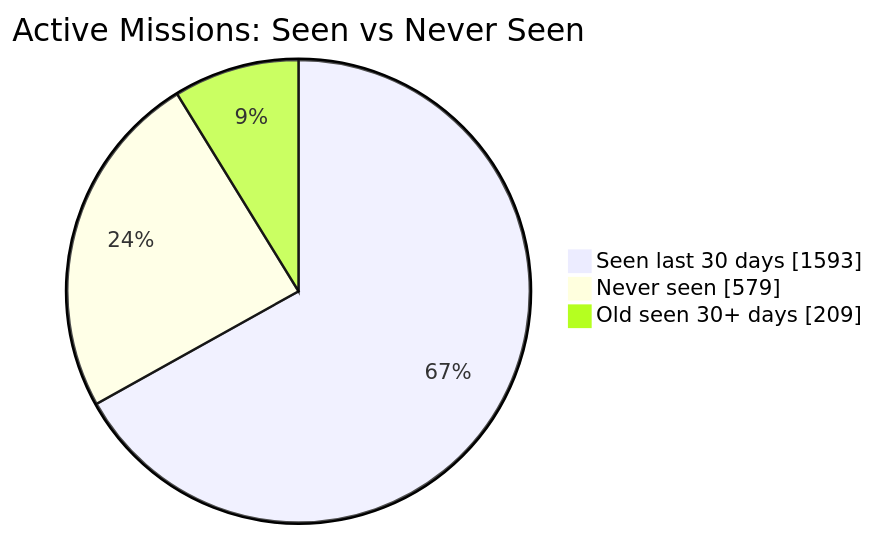
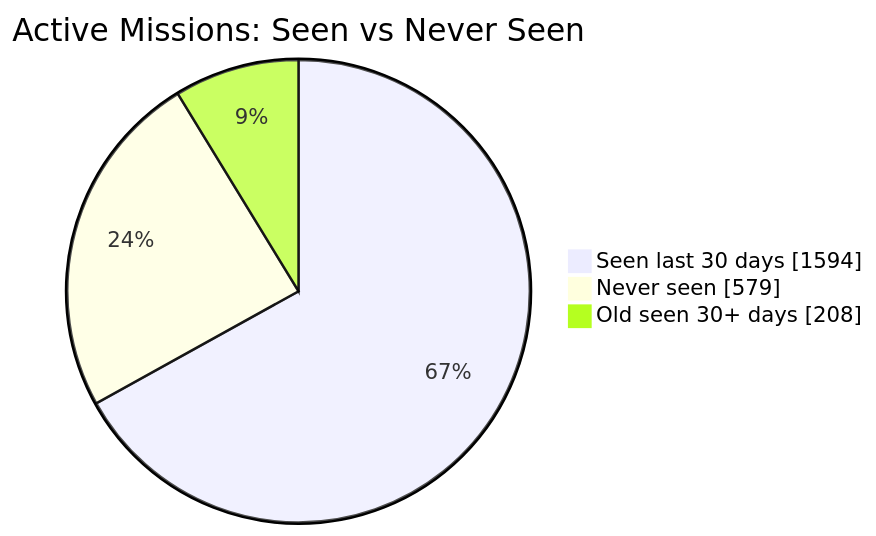
One commit to MeldkamerspelGameTeam/active-missions changed the first of 2 diagrams in README.md. Above: the diagram before and after it, drawn with Mermaid. The commit also changed other lines of this file and 2 other files, not shown here.

````diff
--- a/README.md
+++ b/README.md
@@ -34,7 +34,7 @@
 ```mermaid
 pie showData
     title Active Missions: Seen vs Never Seen
-    "Seen last 30 days" : 1593
+    "Seen last 30 days" : 1594
     "Never seen" : 579
-    "Old seen 30+ days" : 209
+    "Old seen 30+ days" : 208
 ```
````
